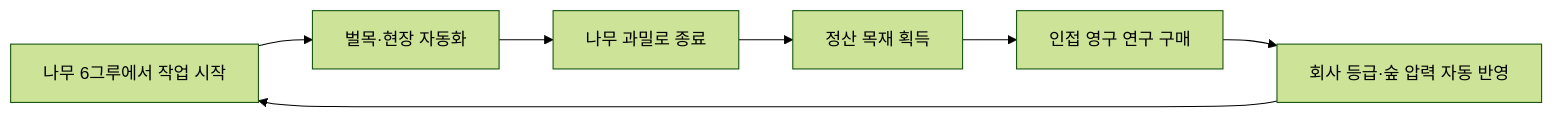
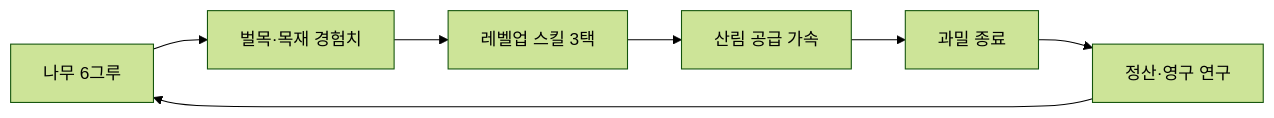
Before and after one commit to hyunsuhahaha/def_game: the diagram in docs/SCORE_ATTACK_META_LOOP.md, drawn with Mermaid (forest theme). The commit also changed other lines of this file and 19 other files, not shown here.

````diff
--- a/docs/SCORE_ATTACK_META_LOOP.md
+++ b/docs/SCORE_ATTACK_META_LOOP.md
@@ -22,9 +14,9 @@
 ```mermaid
 flowchart LR
-    A[나무 6그루에서 작업 시작] --> B[벌목·현장 자동화]
-    B --> C[나무 과밀로 종료]
-    C --> D[정산 목재 획득]
-    D --> E[인접 영구 연구 구매]
-    E --> F[회사 등급·숲 압력 자동 반영]
+    A[나무 6그루] --> B[벌목·목재 경험치]
+    B --> C[레벨업 스킬 3택]
+    C --> D[산림 공급 가속]
+    D --> E[과밀 종료]
+    E --> F[정산·영구 연구]
     F --> A
 ```
````
